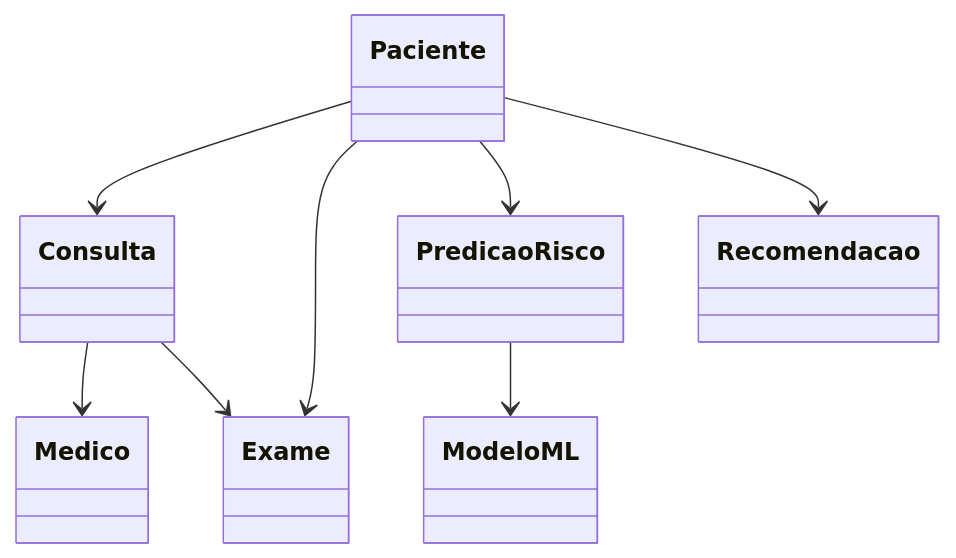
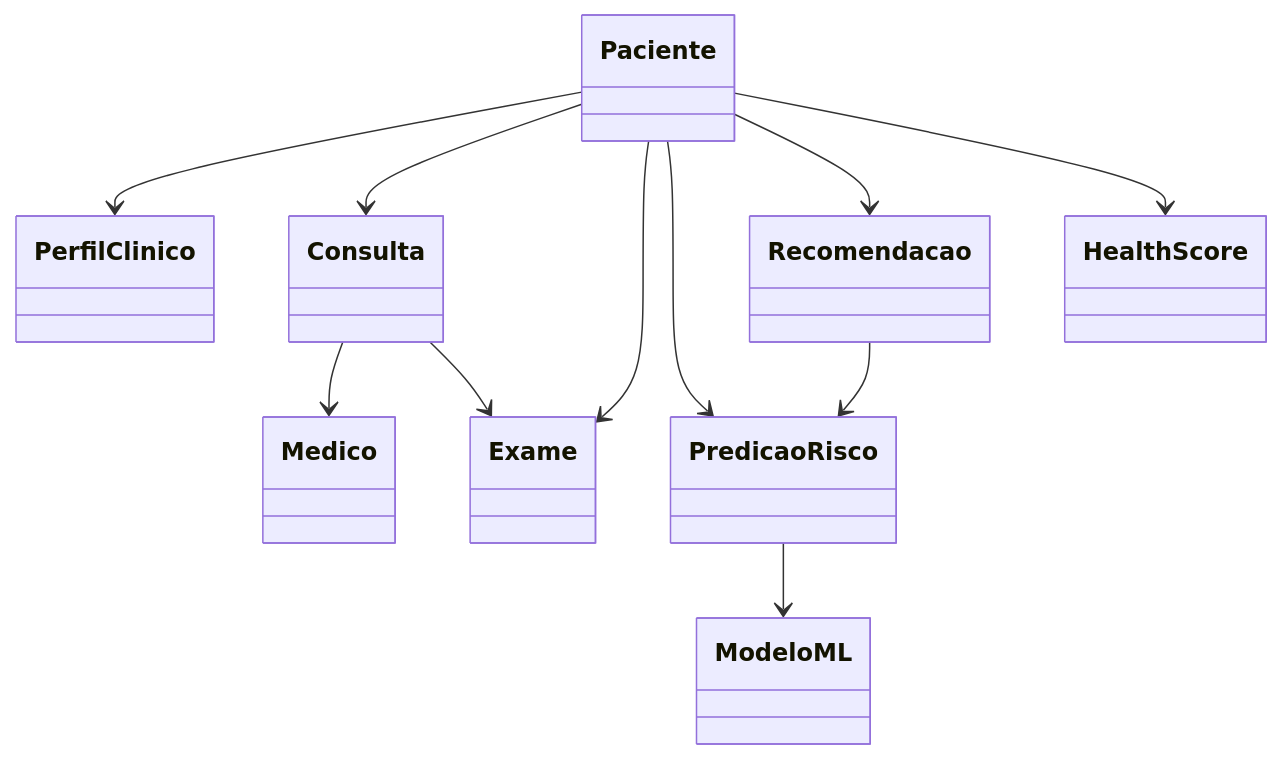
One commit to ccps1-care-predict/care-plus-ccps1 changed the second of 2 diagrams in DIAGRAMA DE CLASSE.md. Above: the diagram before and after it, drawn with Mermaid. The commit also changed other lines of this file, not shown here.

Commit message:
doc: diagrama de classe

````diff
--- a/DIAGRAMA DE CLASSE.md
+++ b/DIAGRAMA DE CLASSE.md
@@ -247,13 +320,16 @@
 ```mermaid
 classDiagram
 
+Paciente --> PerfilClinico
 Paciente --> Consulta
 Paciente --> Exame
 Paciente --> PredicaoRisco
 Paciente --> Recomendacao
+Paciente --> HealthScore
 
 Consulta --> Medico
 Consulta --> Exame
 
 PredicaoRisco --> ModeloML
+Recomendacao --> PredicaoRisco
 ```
````
